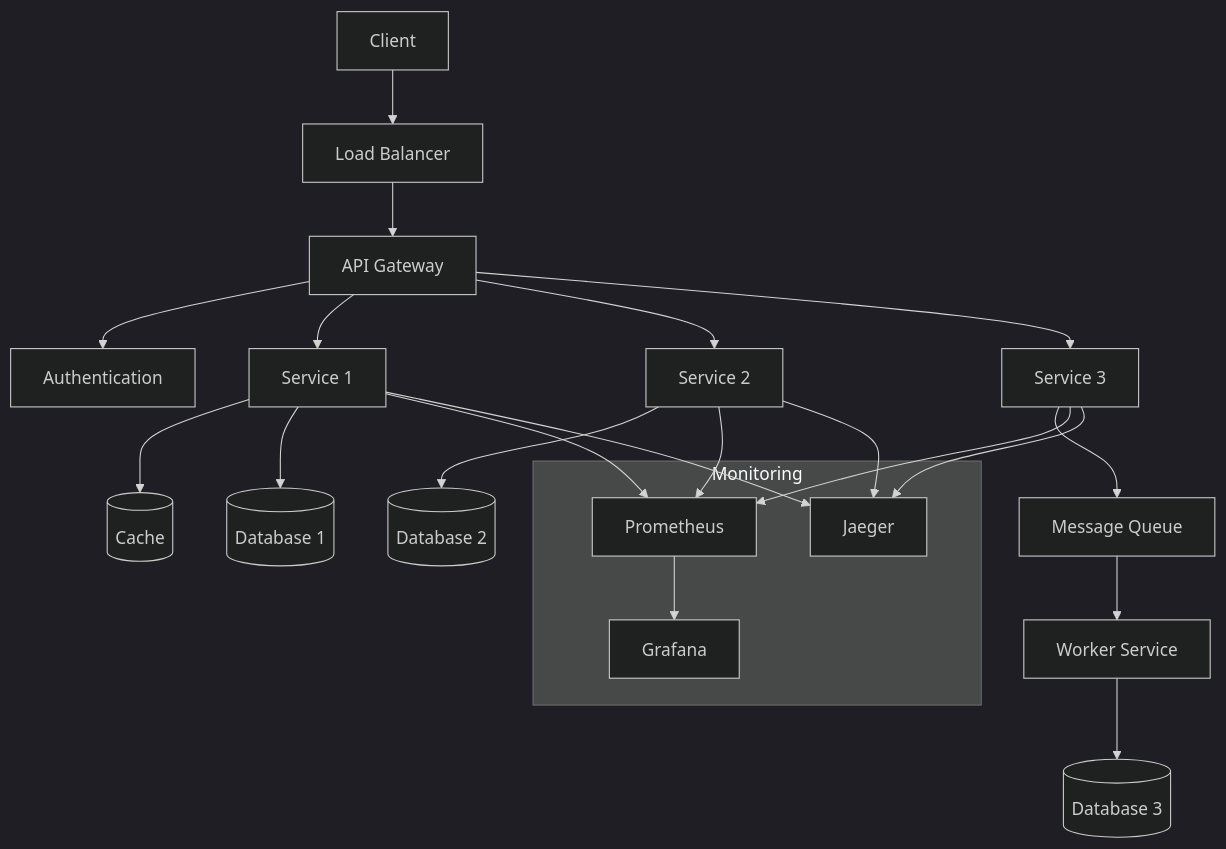
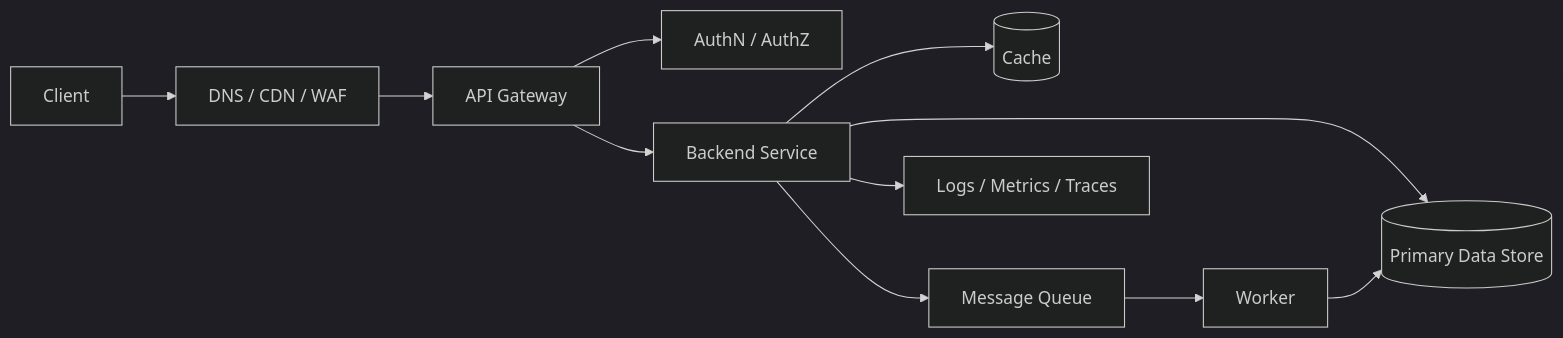
Before and after one commit to endmr11/system_design: the diagram in backend/index.md, drawn with Mermaid (dark theme). The commit also changed other lines of this file and 249 other files, not shown here.

````diff
--- a/backend/index.md
+++ b/backend/index.md
@@ -7,27 +14,13 @@
 ```mermaid
-graph TB
-    Client[Client] --> LB[Load Balancer]
-    LB --> API[API Gateway]
-    API --> Auth[Authentication]
-    API --> Service1[Service 1]
-    API --> Service2[Service 2]
-    API --> Service3[Service 3]
-    
-    Service1 --> Cache[(Cache)]
-    Service1 --> DB1[(Database 1)]
-    Service2 --> DB2[(Database 2)]
-    Service3 --> MQ[Message Queue]
-    
-    MQ --> Worker[Worker Service]
-    Worker --> DB3[(Database 3)]
-    
-    subgraph Monitoring
-        Prometheus[Prometheus]
-        Grafana[Grafana]
-        Jaeger[Jaeger]
-    end
-    
-    Service1 & Service2 & Service3 --> Prometheus
-    Prometheus --> Grafana
-    Service1 & Service2 & Service3 --> Jaeger
+flowchart LR
+    Client[Client] --> Edge[DNS / CDN / WAF]
+    Edge --> Gateway[API Gateway]
+    Gateway --> Auth[AuthN / AuthZ]
+    Gateway --> Service[Backend Service]
+    Service --> Cache[(Cache)]
+    Service --> DB[(Primary Data Store)]
+    Service --> Queue[Message Queue]
+    Queue --> Worker[Worker]
+    Worker --> DB
+    Service --> Telemetry[Logs / Metrics / Traces]
 ```
````
